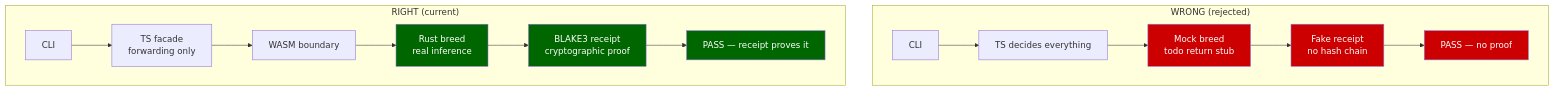
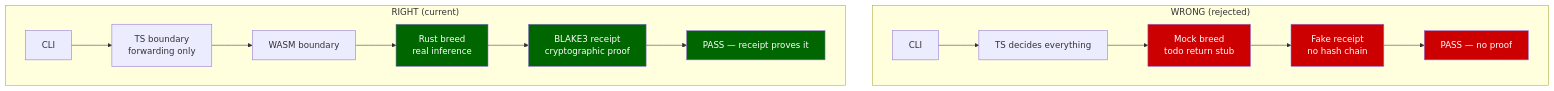
The second of 40 diagrams in docs_quarantine/ARCHIVE/docs/cognition-doctrine.md (seanchatmangpt/wasm4pm), drawn with Mermaid before and after one commit. The commit also changed other lines of this file and 418 other files, not shown here.

````diff
--- a/docs_quarantine/ARCHIVE/docs/cognition-doctrine.md
+++ b/docs_quarantine/ARCHIVE/docs/cognition-doctrine.md
@@ -58,24 +58,24 @@
 ```mermaid
 flowchart TD
     subgraph "WRONG (rejected)"
         W_CLI[CLI] --> W_TS[TS decides everything]
         W_TS --> W_MOCK[Mock breed\ntodo return stub]
         W_MOCK --> W_FAKE[Fake receipt\nno hash chain]
         W_FAKE --> W_PASS[PASS — no proof]
     end
 
     subgraph "RIGHT (current)"
-        R_CLI[CLI] --> R_TS[TS facade\nforwarding only]
+        R_CLI[CLI] --> R_TS[TS boundary\nforwarding only]
         R_TS --> R_WASM[WASM boundary]
         R_WASM --> R_RUST[Rust breed\nreal inference]
         R_RUST --> R_RECEIPT[BLAKE3 receipt\ncryptographic proof]
         R_RECEIPT --> R_PASS[PASS — receipt proves it]
     end
 
     style W_MOCK fill:#c00,color:#fff
     style W_FAKE fill:#c00,color:#fff
     style W_PASS fill:#c00,color:#fff
     style R_RUST fill:#060,color:#fff
     style R_RECEIPT fill:#060,color:#fff
     style R_PASS fill:#060,color:#fff
 ```
````
